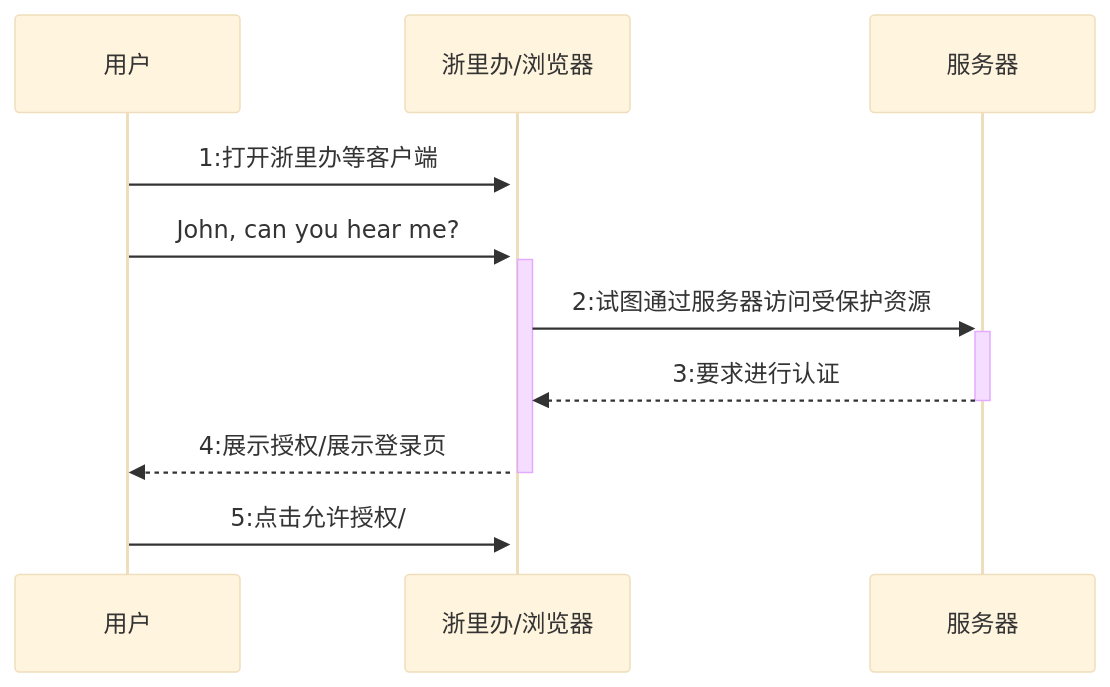
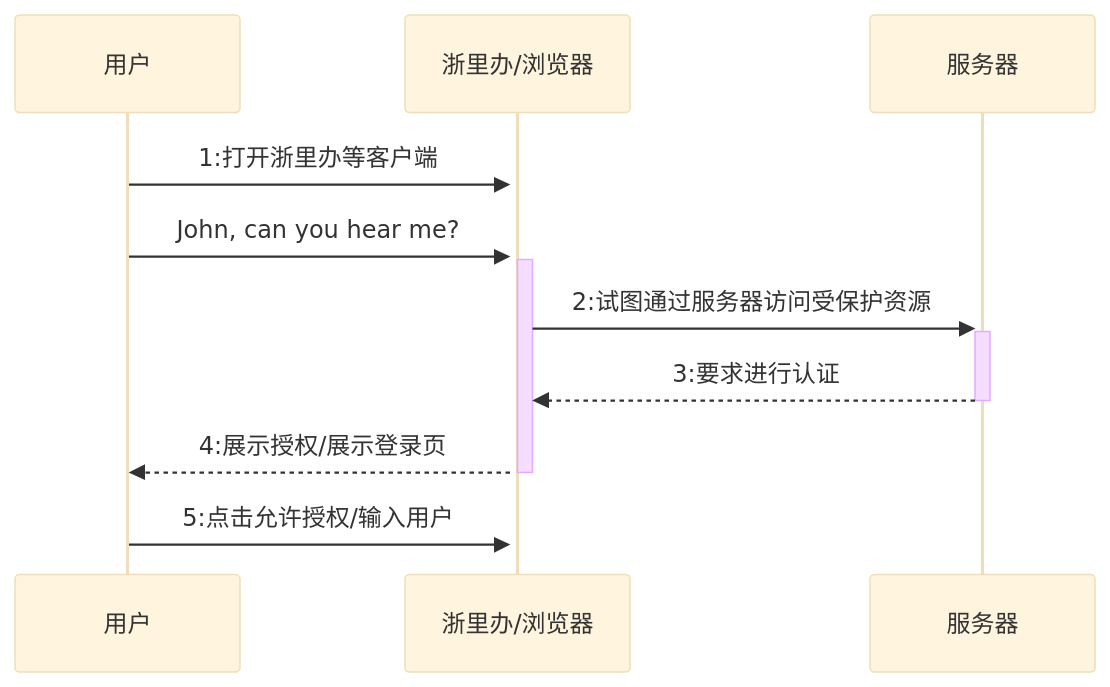
Before and after one commit to fifuntop/iodraw-files: the diagram in all/居民端时序图.md, drawn with Mermaid (base theme).

Commit message:
2024-03-14 14:56:58 update

````diff
--- a/all/居民端时序图.md
+++ b/all/居民端时序图.md
@@ -1,10 +1,10 @@
 ```mermaid
 sequenceDiagram
     用户->>+浙里办/浏览器: 1:打开浙里办等客户端
     用户->>+浙里办/浏览器: John, can you hear me?
     浙里办/浏览器->>+服务器: 2:试图通过服务器访问受保护资源
     服务器-->>-浙里办/浏览器: 3:要求进行认证
     浙里办/浏览器-->>-用户: 4:展示授权/展示登录页
-    用户->>+浙里办/浏览器: 5:点击允许授权/
+    用户->>+浙里办/浏览器: 5:点击允许授权/输入用户
             
 ```
````
